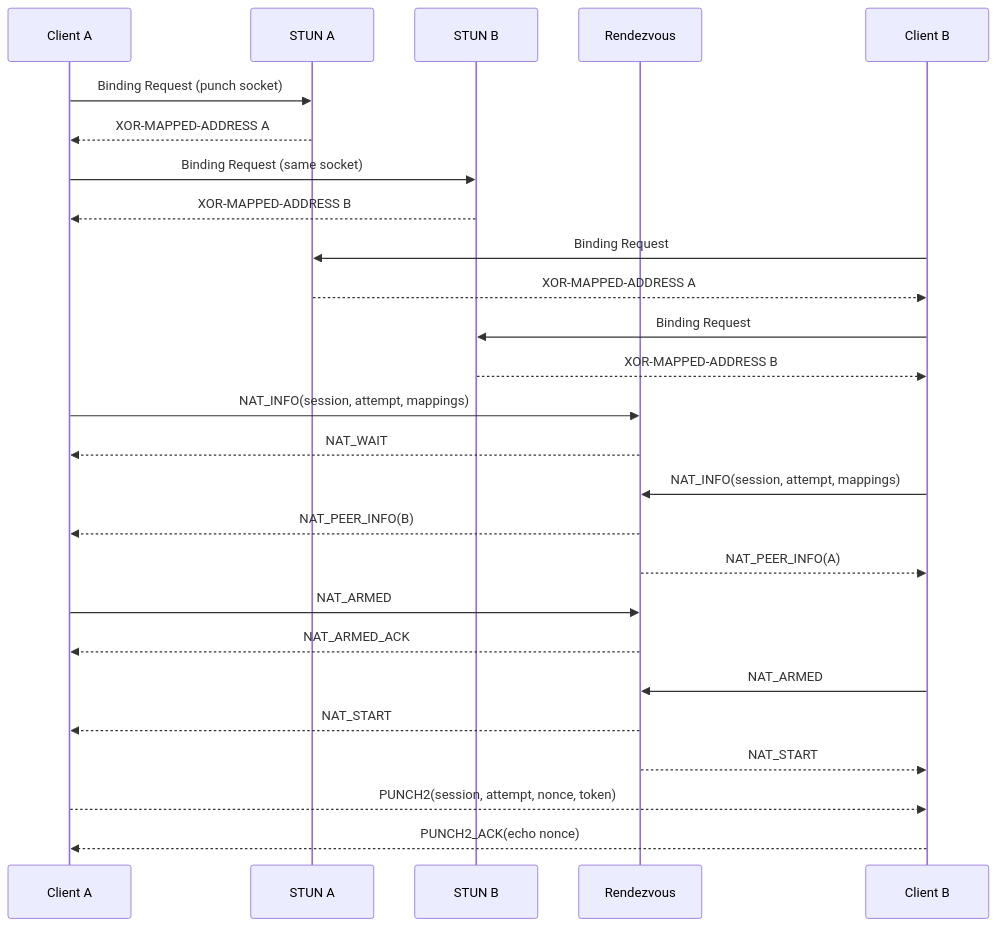
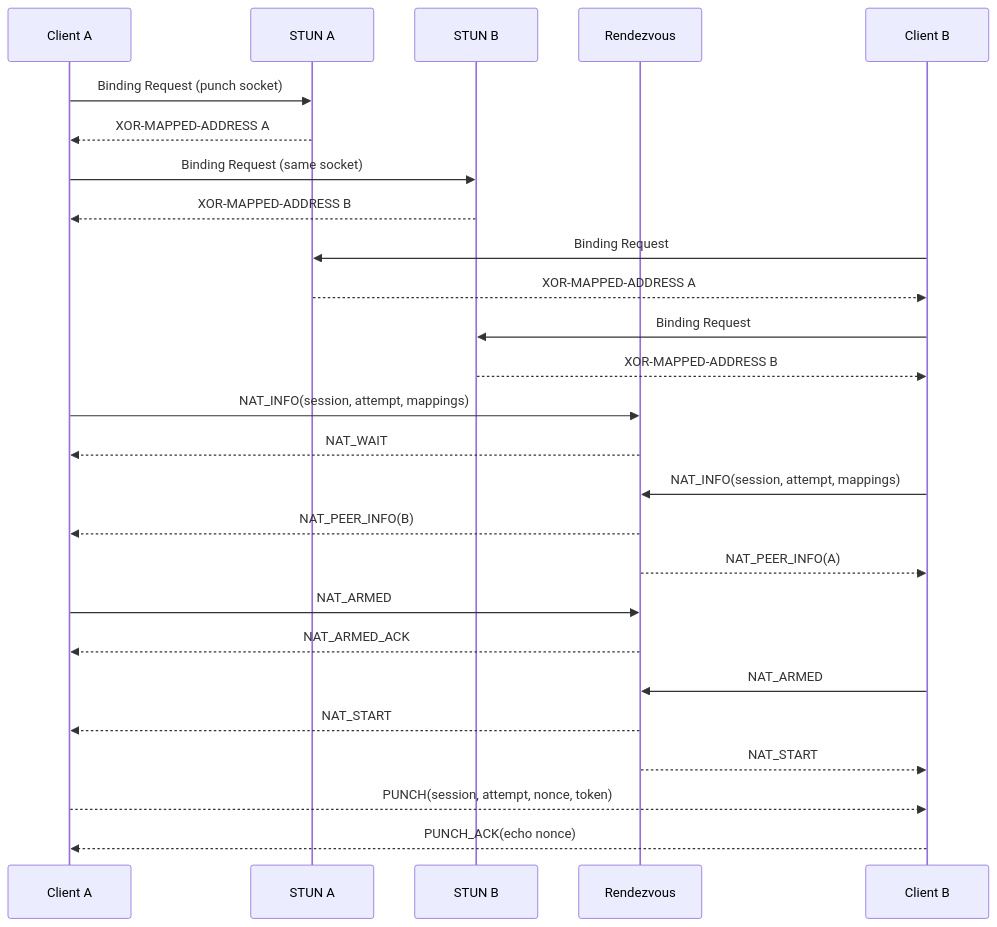
The second of 4 diagrams in doc/state-machine.md (celeron633/EasyTunnel), drawn with Mermaid before and after one commit. The commit also changed other lines of this file and 9 other files, not shown here.

````diff
--- a/doc/state-machine.md
+++ b/doc/state-machine.md
@@ -51,29 +51,29 @@
 ```mermaid
 sequenceDiagram
     participant A as Client A
     participant SA as STUN A
     participant SB as STUN B
     participant R as Rendezvous
     participant B as Client B
 
     A->>SA: Binding Request (punch socket)
     SA-->>A: XOR-MAPPED-ADDRESS A
     A->>SB: Binding Request (same socket)
     SB-->>A: XOR-MAPPED-ADDRESS B
     B->>SA: Binding Request
     SA-->>B: XOR-MAPPED-ADDRESS A
     B->>SB: Binding Request
     SB-->>B: XOR-MAPPED-ADDRESS B
     A->>R: NAT_INFO(session, attempt, mappings)
     R-->>A: NAT_WAIT
     B->>R: NAT_INFO(session, attempt, mappings)
     R-->>A: NAT_PEER_INFO(B)
     R-->>B: NAT_PEER_INFO(A)
     A->>R: NAT_ARMED
     R-->>A: NAT_ARMED_ACK
     B->>R: NAT_ARMED
     R-->>A: NAT_START
     R-->>B: NAT_START
-    A-->>B: PUNCH2(session, attempt, nonce, token)
-    B-->>A: PUNCH2_ACK(echo nonce)
+    A-->>B: PUNCH(session, attempt, nonce, token)
+    B-->>A: PUNCH_ACK(echo nonce)
 ```
````
